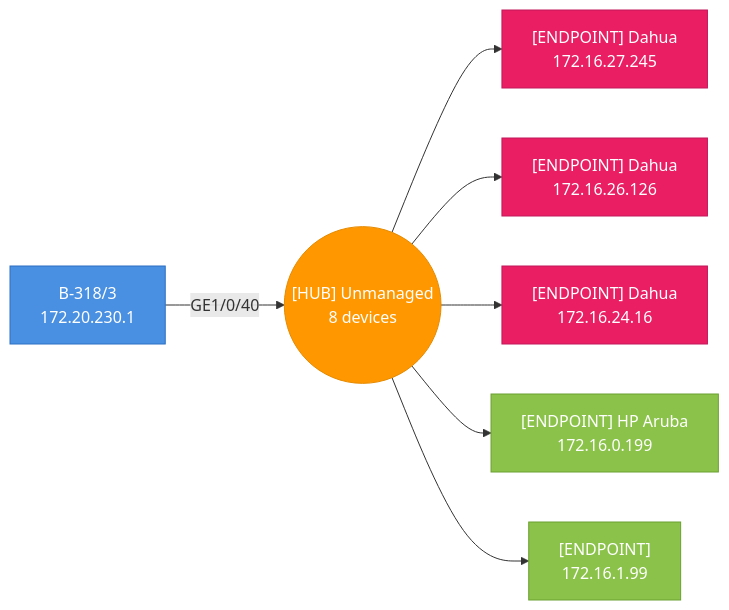
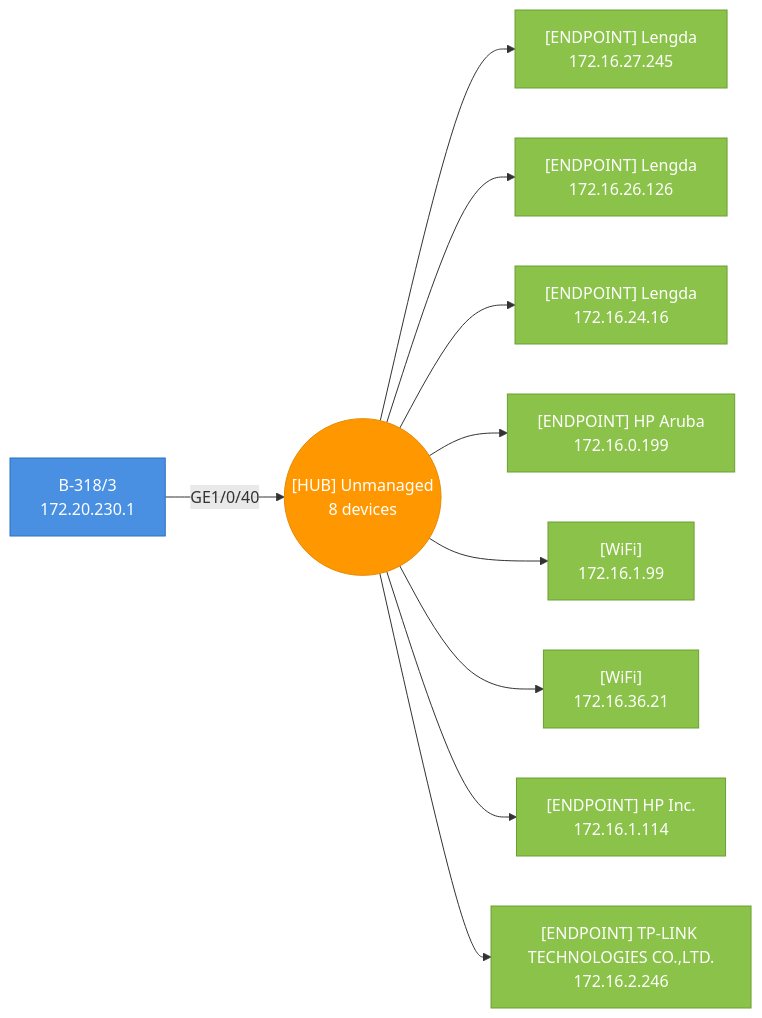
One commit to djamic/LLDP-Skanner-Go changed diagram 12 of 51 in testdata/golden/audit_esxi_sections.md. Above: the diagram before and after it, drawn with Mermaid. The commit also changed other lines of this file and 16 other files, not shown here.

````diff
--- a/testdata/golden/audit_esxi_sections.md
+++ b/testdata/golden/audit_esxi_sections.md
@@ -294,23 +283,32 @@
 ```mermaid
 graph LR
   hub_4caea3a2182c_p40(("[HUB] Unmanaged<br>8 devices"))
   4caea3a2182c["B-318/3<br>172.20.230.1"]
   4caea3a2182c-- "GE1/0/40" -->hub_4caea3a2182c_p40
   style 4caea3a2182c fill:#4A90E2,stroke:#2A6FC2,color:#fff
-  002381549be2["[ENDPOINT] Dahua<br>172.16.27.245"]
+  002381549be2["[ENDPOINT] Lengda<br>172.16.27.245"]
   hub_4caea3a2182c_p40-->002381549be2
-  style 002381549be2 fill:#E91E63,stroke:#C2185B,color:#fff
-  002381549be5["[ENDPOINT] Dahua<br>172.16.26.126"]
+  style 002381549be2 fill:#8BC34A,stroke:#6B9F30,color:#fff
+  002381549be5["[ENDPOINT] Lengda<br>172.16.26.126"]
   hub_4caea3a2182c_p40-->002381549be5
-  style 002381549be5 fill:#E91E63,stroke:#C2185B,color:#fff
-  002381549c03["[ENDPOINT] Dahua<br>172.16.24.16"]
+  style 002381549be5 fill:#8BC34A,stroke:#6B9F30,color:#fff
+  002381549c03["[ENDPOINT] Lengda<br>172.16.24.16"]
   hub_4caea3a2182c_p40-->002381549c03
-  style 002381549c03 fill:#E91E63,stroke:#C2185B,color:#fff
+  style 002381549c03 fill:#8BC34A,stroke:#6B9F30,color:#fff
   004e35cb4f9a["[ENDPOINT] HP Aruba<br>172.16.0.199"]
   hub_4caea3a2182c_p40-->004e35cb4f9a
   style 004e35cb4f9a fill:#8BC34A,stroke:#6B9F30,color:#fff
-  4e6d487b43dc["[ENDPOINT]<br>172.16.1.99"]
+  4e6d487b43dc["[WiFi]<br>172.16.1.99"]
   hub_4caea3a2182c_p40-->4e6d487b43dc
   style 4e6d487b43dc fill:#8BC34A,stroke:#6B9F30,color:#fff
+  667a54eff633["[WiFi]<br>172.16.36.21"]
+  hub_4caea3a2182c_p40-->667a54eff633
+  style 667a54eff633 fill:#8BC34A,stroke:#6B9F30,color:#fff
+  c01803886bb2["[ENDPOINT] HP Inc.<br>172.16.1.114"]
+  hub_4caea3a2182c_p40-->c01803886bb2
+  style c01803886bb2 fill:#8BC34A,stroke:#6B9F30,color:#fff
+  e4c32adb8931["[ENDPOINT] TP-LINK TECHNOLOGIES CO.,LTD.<br>172.16.2.246"]
+  hub_4caea3a2182c_p40-->e4c32adb8931
+  style e4c32adb8931 fill:#8BC34A,stroke:#6B9F30,color:#fff
   style hub_4caea3a2182c_p40 fill:#FF9800,stroke:#E68A00,color:#fff
 ```
````
